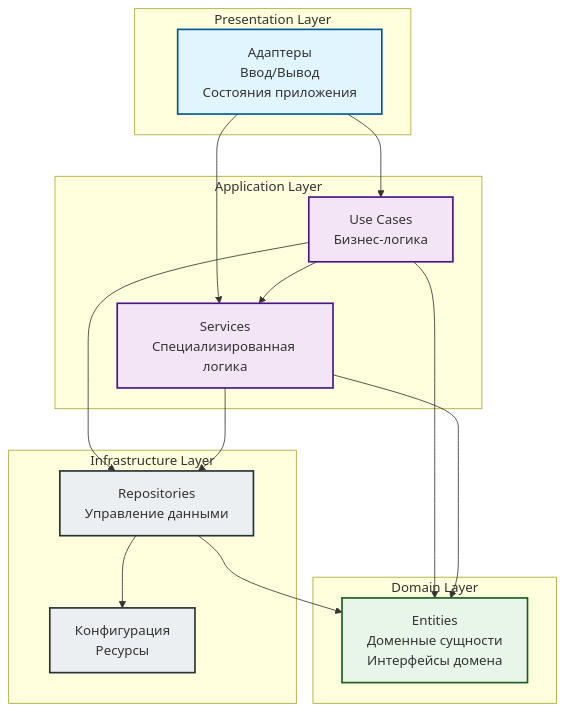
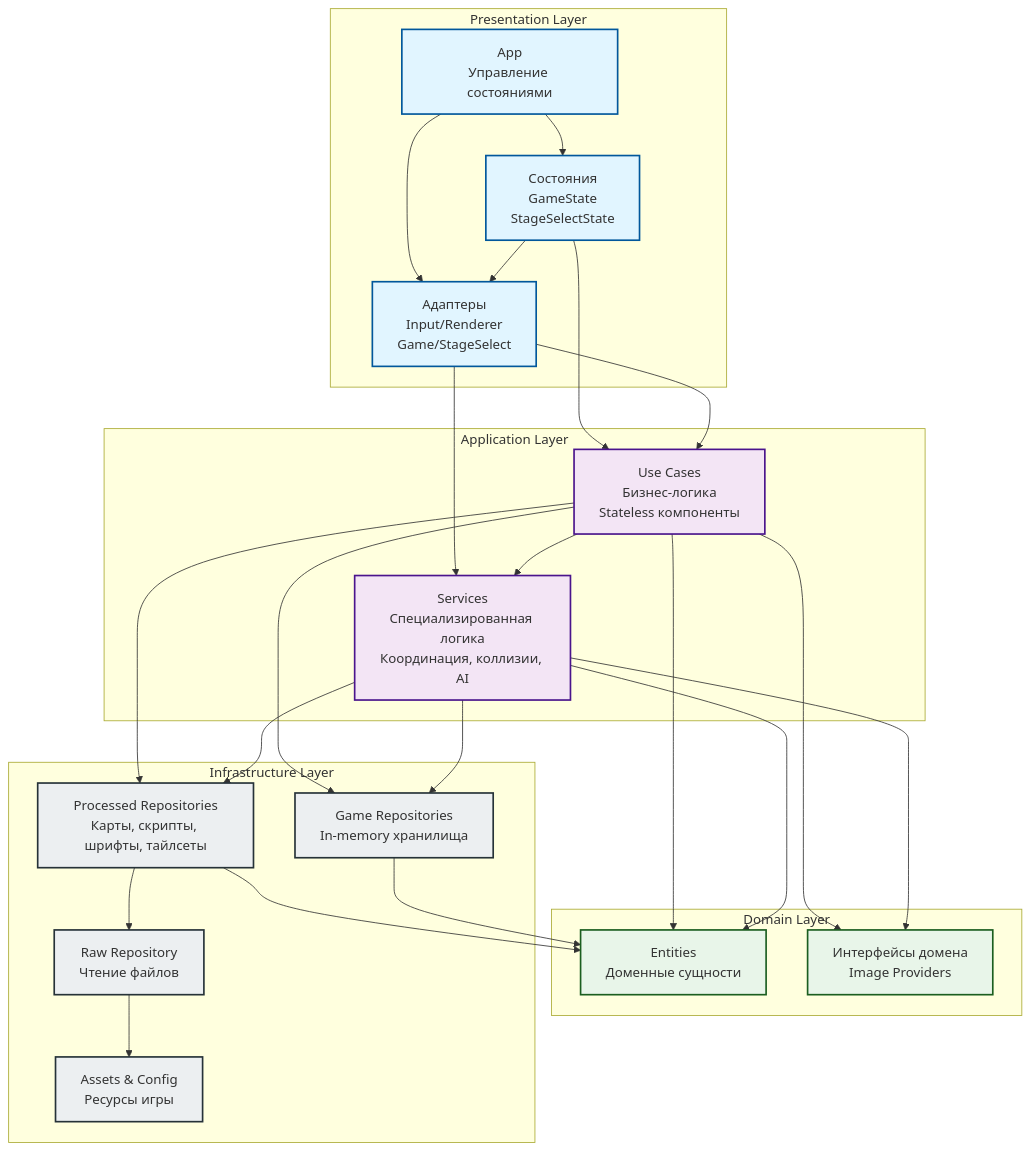
The diagram in README.md (shpaker/tnk9x), drawn with Mermaid before and after one commit. The commit also changed other lines of this file and 31 other files, not shown here.

````diff
--- a/README.md
+++ b/README.md
@@ -253,42 +277,57 @@
 ```mermaid
 graph TB
     subgraph "Presentation Layer"
-        PRESENTATION[Адаптеры<br/>Ввод/Вывод<br/>Состояния приложения]
+        ADAPTERS[Адаптеры<br/>Input/Renderer<br/>Game/StageSelect]
+        STATES[Состояния<br/>GameState<br/>StageSelectState]
+        APP[App<br/>Управление состояниями]
     end
 
     subgraph "Application Layer"
-        USECASES[Use Cases<br/>Бизнес-логика]
-        SERVICES[Services<br/>Специализированная логика]
+        USECASES[Use Cases<br/>Бизнес-логика<br/>Stateless компоненты]
+        SERVICES[Services<br/>Специализированная логика<br/>Координация, коллизии, AI]
     end
 
     subgraph "Domain Layer"
-        DOMAIN[Entities<br/>Доменные сущности<br/>Интерфейсы домена]
+        ENTITIES[Entities<br/>Доменные сущности]
+        INTERFACES[Интерфейсы домена<br/>Image Providers]
     end
 
     subgraph "Infrastructure Layer"
-        REPOSITORIES[Repositories<br/>Управление данными]
-        INFRASTRUCTURE[Конфигурация<br/>Ресурсы]
+        REPOSITORIES_PROCESSED[Processed Repositories<br/>Карты, скрипты, шрифты, тайлсеты]
+        REPOSITORIES_GAME[Game Repositories<br/>In-memory хранилища]
+        REPOSITORIES_RAW[Raw Repository<br/>Чтение файлов]
+        INFRASTRUCTURE[Assets & Config<br/>Ресурсы игры]
     end
 
     %% Направление зависимостей
-    PRESENTATION --> USECASES
-    PRESENTATION --> SERVICES
+    APP --> STATES
+    APP --> ADAPTERS
+    STATES --> ADAPTERS
+    STATES --> USECASES
+    ADAPTERS --> USECASES
+    ADAPTERS --> SERVICES
     USECASES --> SERVICES
-    USECASES --> DOMAIN
-    SERVICES --> DOMAIN
-    USECASES --> REPOSITORIES
-    SERVICES --> REPOSITORIES
-    REPOSITORIES --> DOMAIN
-    REPOSITORIES --> INFRASTRUCTURE
+    USECASES --> ENTITIES
+    SERVICES --> ENTITIES
+    USECASES --> INTERFACES
+    SERVICES --> INTERFACES
+    USECASES --> REPOSITORIES_PROCESSED
+    USECASES --> REPOSITORIES_GAME
+    SERVICES --> REPOSITORIES_PROCESSED
+    SERVICES --> REPOSITORIES_GAME
+    REPOSITORIES_PROCESSED --> REPOSITORIES_RAW
+    REPOSITORIES_RAW --> INFRASTRUCTURE
+    REPOSITORIES_PROCESSED --> ENTITIES
+    REPOSITORIES_GAME --> ENTITIES
 
     %% Стилизация
     classDef presentation fill:#e1f5ff,stroke:#01579b,stroke-width:2px
     classDef application fill:#f3e5f5,stroke:#4a148c,stroke-width:2px
     classDef domain fill:#e8f5e9,stroke:#1b5e20,stroke-width:2px
     classDef infrastructure fill:#eceff1,stroke:#263238,stroke-width:2px
     
-    class PRESENTATION presentation
+    class APP,ADAPTERS,STATES presentation
     class USECASES,SERVICES application
-    class DOMAIN domain
-    class REPOSITORIES,INFRASTRUCTURE infrastructure
+    class ENTITIES,INTERFACES domain
+    class REPOSITORIES_PROCESSED,REPOSITORIES_GAME,REPOSITORIES_RAW,INFRASTRUCTURE infrastructure
 ```
````
